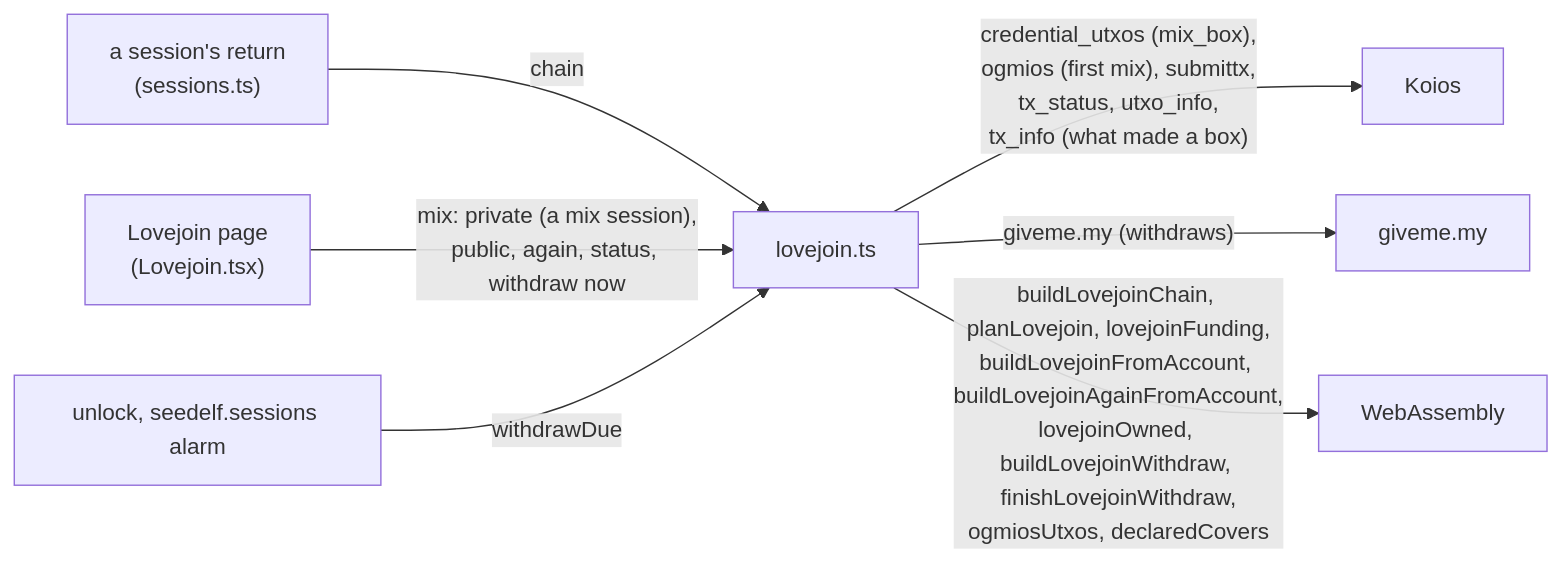
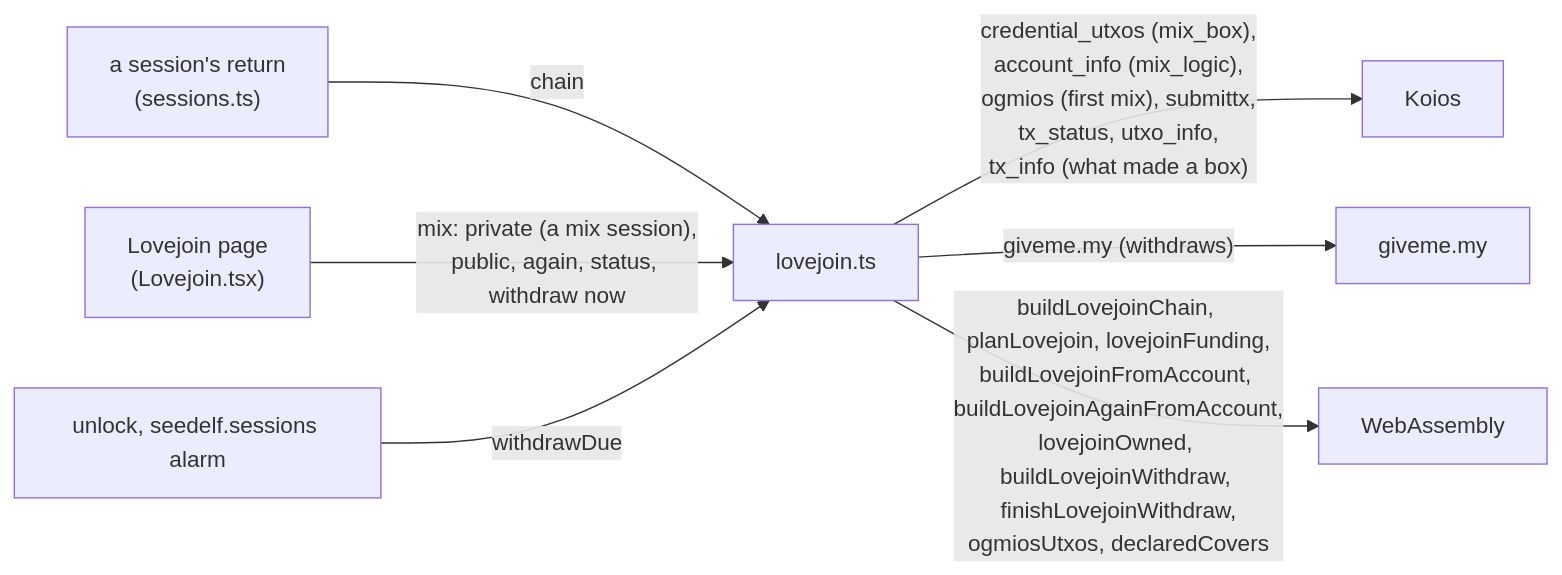
One commit to logical-mechanism/Seedelf-Wallet changed the fourth of 4 diagrams in seedelf-platform/seedelf-web-wallet/docs/architecture.md. Above: the diagram before and after it, drawn with Mermaid. The commit also changed other lines of this file and 62 other files, not shown here.

````diff
--- a/seedelf-platform/seedelf-web-wallet/docs/architecture.md
+++ b/seedelf-platform/seedelf-web-wallet/docs/architecture.md
@@ -675,9 +676,9 @@
 ```mermaid
 flowchart LR
   R["a session's return<br/>(sessions.ts)"] -- "chain" --> L["lovejoin.ts"]
   T["Lovejoin page<br/>(Lovejoin.tsx)"] -- "mix: private (a mix session),<br/>public, again, status, withdraw now" --> L
   A["unlock, seedelf.sessions alarm"] -- "withdrawDue" --> L
-  L -- "credential_utxos (mix_box),<br/>ogmios (first mix), submittx,<br/>tx_status, utxo_info,<br/>tx_info (what made a box)" --> K["Koios"]
+  L -- "credential_utxos (mix_box),<br/>account_info (mix_logic),<br/>ogmios (first mix), submittx,<br/>tx_status, utxo_info,<br/>tx_info (what made a box)" --> K["Koios"]
   L -- "giveme.my (withdraws)" --> G["giveme.my"]
   L -- "buildLovejoinChain, planLovejoin, lovejoinFunding,<br/>buildLovejoinFromAccount, buildLovejoinAgainFromAccount,<br/>lovejoinOwned, buildLovejoinWithdraw, finishLovejoinWithdraw,<br/>ogmiosUtxos, declaredCovers" --> X["WebAssembly"]
 ```
````
